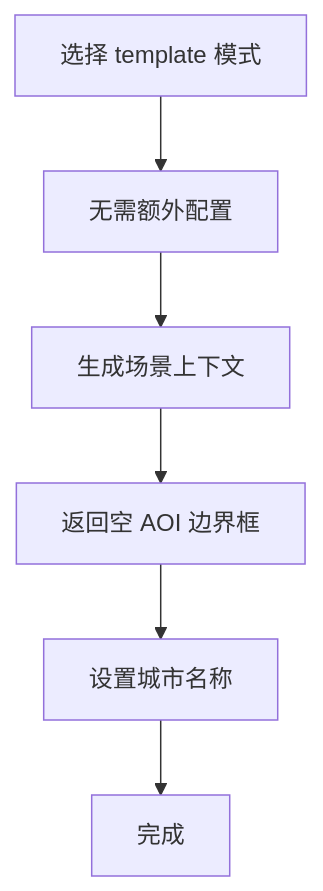
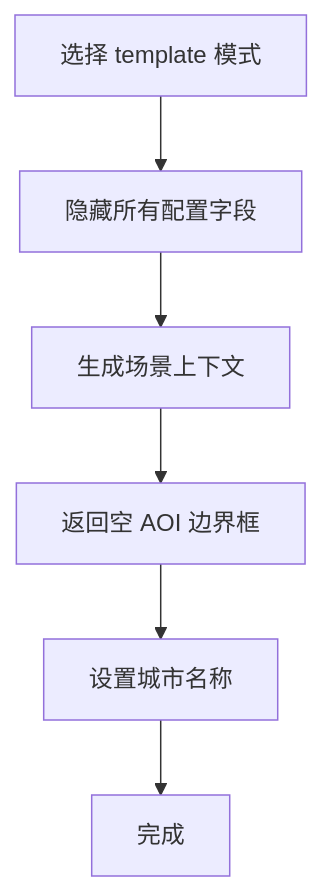
The ninth of 15 diagrams in .qoder/repowiki/zh/content/Web界面系统/工作台界面/场景设置面板.md (wsqstar/RoadGen3D), drawn with Mermaid before and after one commit. The commit also changed other lines of this file and 8 other files, not shown here.

````diff
--- a/.qoder/repowiki/zh/content/Web界面系统/工作台界面/场景设置面板.md
+++ b/.qoder/repowiki/zh/content/Web界面系统/工作台界面/场景设置面板.md
@@ -209,8 +325,8 @@
 ```mermaid
 flowchart TD
-A[选择 template 模式] --> B[无需额外配置]
+A[选择 template 模式] --> B[隐藏所有配置字段]
 B --> C[生成场景上下文]
 C --> D[返回空 AOI 边界框]
 D --> E[设置城市名称]
 E --> F[完成]
 ```
````
